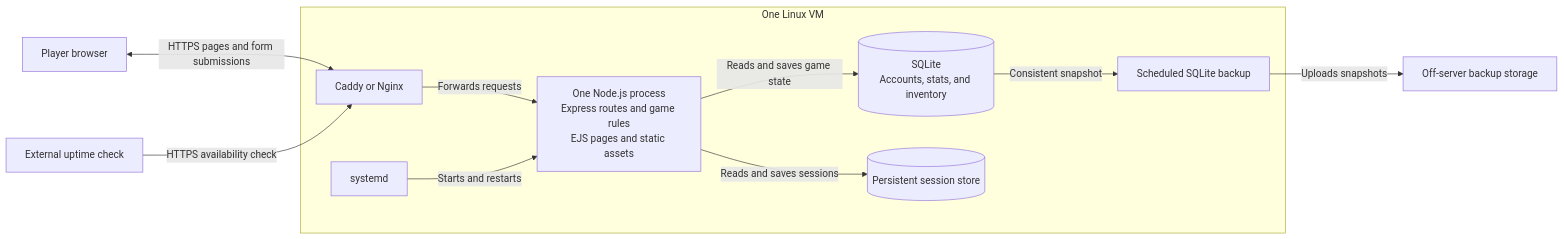
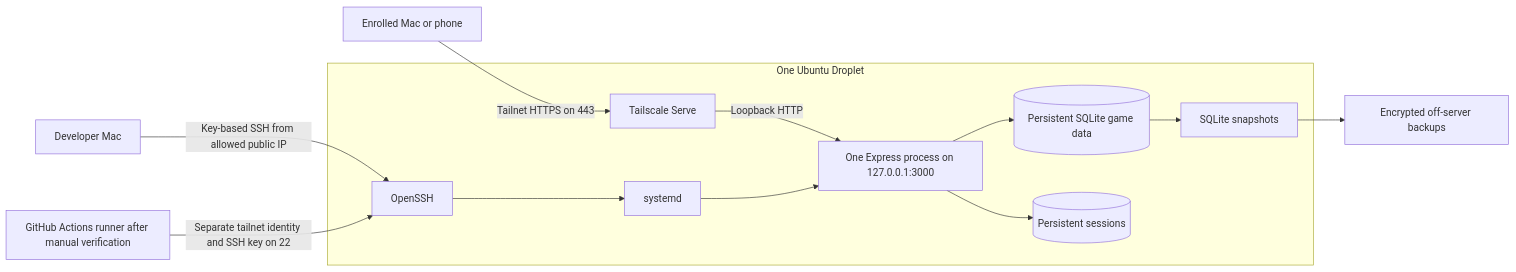
Before and after one commit to damenend/drevan: the diagram in docs/planning/launch-architecture.md, drawn with Mermaid. The commit also changed other lines of this file and 3 other files, not shown here.

````diff
--- a/docs/planning/launch-architecture.md
+++ b/docs/planning/launch-architecture.md
@@ -5,25 +5,26 @@
 ```mermaid
 flowchart LR
-    Player["Player browser"]
-    Monitor["External uptime check"]
-    Backups["Off-server backup storage"]
-
-    subgraph VM["One Linux VM"]
-        Proxy["Caddy or Nginx"]
-        Service["systemd"]
-        App["One Node.js process<br/>Express routes and game rules<br/>EJS pages and static assets"]
-        GameDB[("SQLite<br/>Accounts, stats, and inventory")]
-        Sessions[("Persistent session store")]
-        BackupJob["Scheduled SQLite backup"]
-
-        Proxy -->|"Forwards requests"| App
-        Service -->|"Starts and restarts"| App
-        App -->|"Reads and saves game state"| GameDB
-        App -->|"Reads and saves sessions"| Sessions
-        GameDB -->|"Consistent snapshot"| BackupJob
+    Player["Enrolled Mac or phone"]
+    Operator["Developer Mac"]
+    Runner["GitHub Actions runner after manual verification"]
+    Copy["Encrypted off-server backups"]
+    subgraph VM["One Ubuntu Droplet"]
+        Serve["Tailscale Serve"]
+        SSH["OpenSSH"]
+        Systemd["systemd"]
+        App["One Express process on 127.0.0.1:3000"]
+        GameDB[("Persistent SQLite game data")]
+        Sessions[("Persistent sessions")]
+        Backup["SQLite snapshots"]
+        Serve -->|"Loopback HTTP"| App
+        SSH --> Systemd
+        Systemd --> App
+        App --> GameDB
+        App --> Sessions
+        GameDB --> Backup
     end
-
-    Player <-->|"HTTPS pages and form submissions"| Proxy
-    Monitor -->|"HTTPS availability check"| Proxy
-    BackupJob -->|"Uploads snapshots"| Backups
+    Player -->|"Tailnet HTTPS on 443"| Serve
+    Operator -->|"Key-based SSH from allowed public IP"| SSH
+    Runner -->|"Separate tailnet identity and SSH key on 22"| SSH
+    Backup --> Copy
 ```
````
